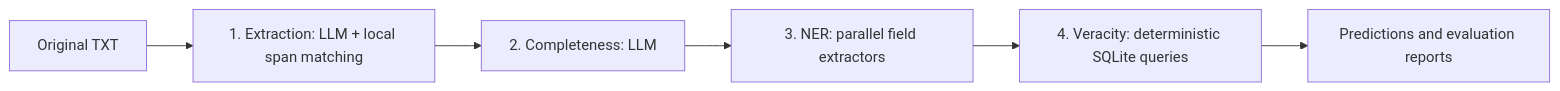
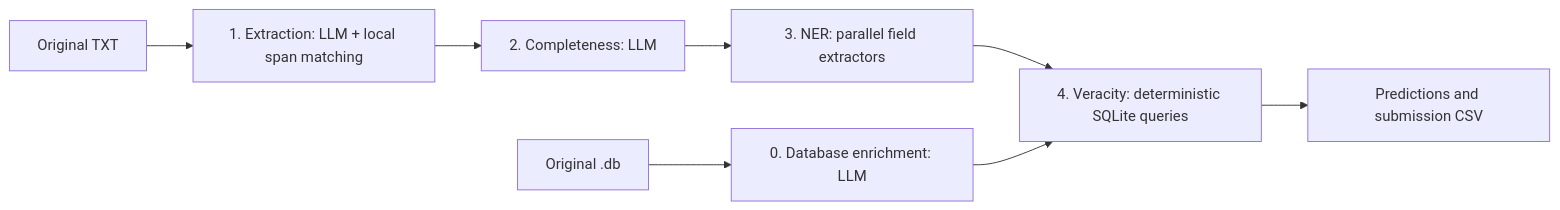
One commit to machadoDaniels/desafio-jusbrasil changed the diagram in README.md. Above: the diagram before and after it, drawn with Mermaid. The commit also changed other lines of this file and 5 other files, not shown here.

Commit message:
feat: update Docker setup and scripts for improved execution flow and add run_in_container.sh

````diff
--- a/README.md
+++ b/README.md
@@ -9,8 +103,10 @@
 ```mermaid
 flowchart LR
+    Z[Original .db] --> Y[0. Database enrichment: LLM]
     A[Original TXT] --> B[1. Extraction: LLM + local span matching]
     B --> C[2. Completeness: LLM]
     C --> D[3. NER: parallel field extractors]
     D --> E[4. Veracity: deterministic SQLite queries]
-    E --> F[Predictions and evaluation reports]
+    Y --> E
+    E --> F[Predictions and submission CSV]
 ```
````
